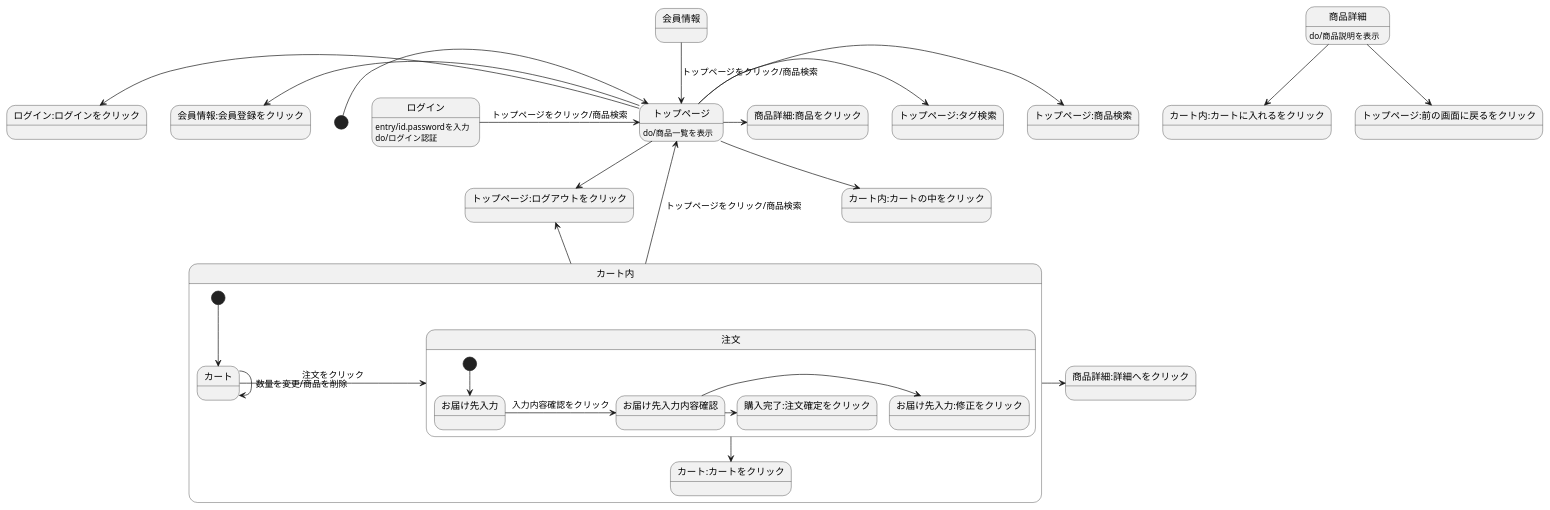
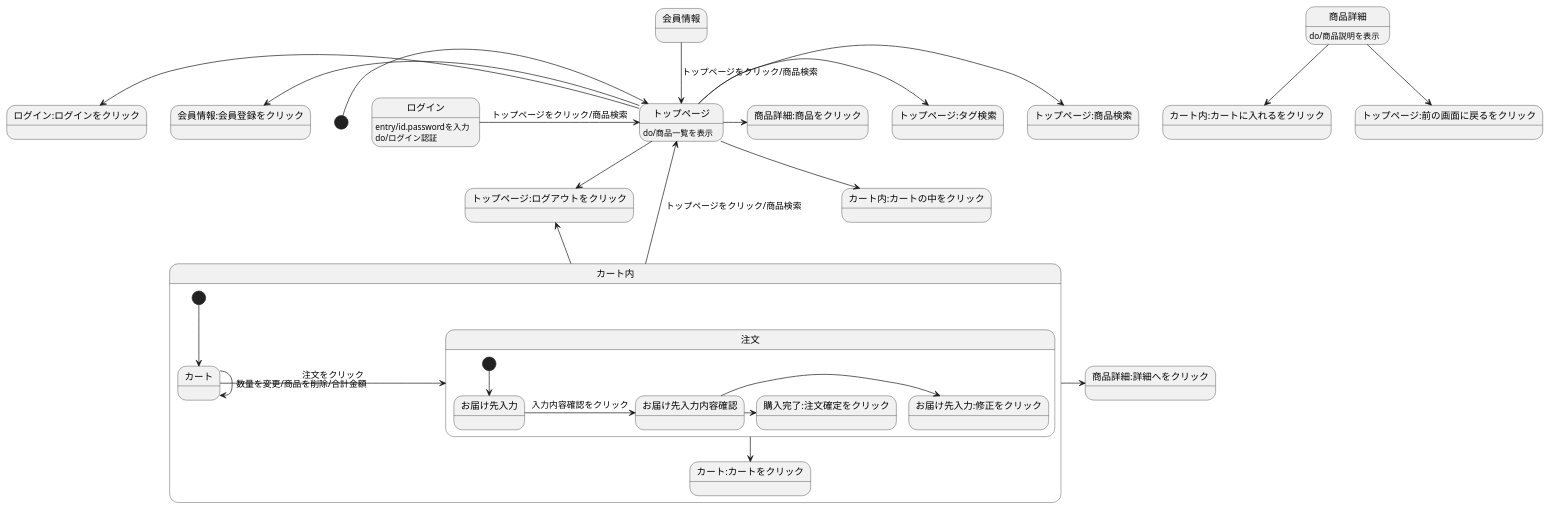
Before and after one commit to Aso2001219/2021sys-design: the diagram in kinouichiran06.md, drawn with PlantUML.

````diff
--- a/kinouichiran06.md
+++ b/kinouichiran06.md
@@ -2,36 +2,36 @@
 ```uml
 @startuml
 [*] -> トップページ
 会員情報 --> トップページ:トップページをクリック/商品検索
 ログイン -> トップページ:トップページをクリック/商品検索
 ログイン:entry/id.passwordを入力
 ログイン:do/ログイン認証
 トップページ --> トップページ:ログアウトをクリック
 トップページ -> トップページ:商品検索
 トップページ -> トップページ:タグ検索
 トップページ -> 商品詳細:商品をクリック
 トップページ -left-> 会員情報:会員登録をクリック
 トップページ -left-> ログイン:ログインをクリック
 トップページ --> カート内:カートの中をクリック
 トップページ:do/商品一覧を表示
 商品詳細 --> カート内:カートに入れるをクリック
 商品詳細 --> トップページ:前の画面に戻るをクリック
 商品詳細:do/商品説明を表示
 カート内-up-> トップページ:トップページをクリック/商品検索
 カート内-up-> トップページ:ログアウトをクリック
 カート内-> 商品詳細:詳細へをクリック
 
 state カート内{
  [*] --> カート
  カート->注文 : 注文をクリック
- カート-> カート:数量を変更/商品を削除
+ カート-> カート:数量を変更/商品を削除/合計金額
  注文 --> カート:カートをクリック
  state 注文{
   [*] --> お届け先入力
   お届け先入力 -> お届け先入力内容確認 : 入力内容確認をクリック
   お届け先入力内容確認 -> お届け先入力:修正をクリック
   お届け先入力内容確認 -> 購入完了:注文確定をクリック
  }
 }
 @enduml
 ```
````
